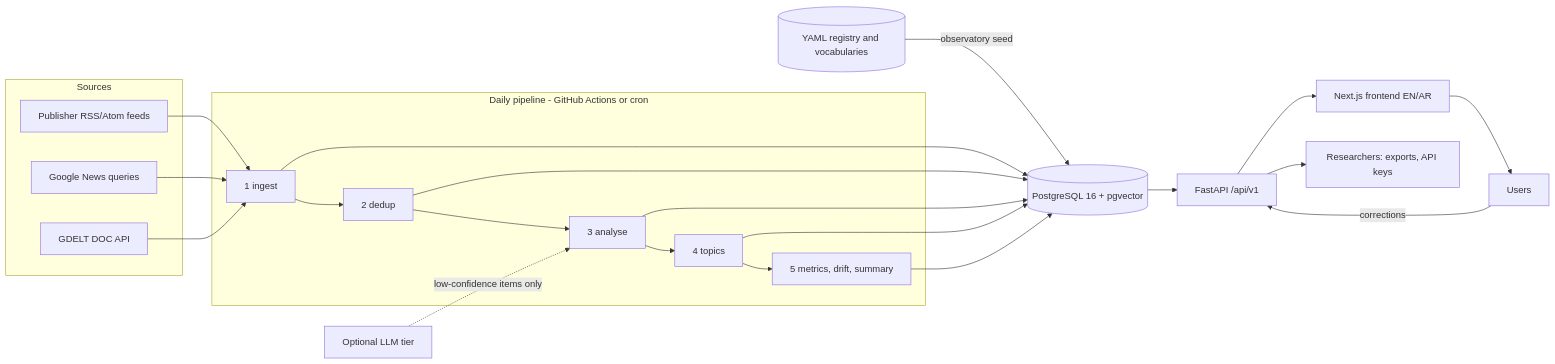
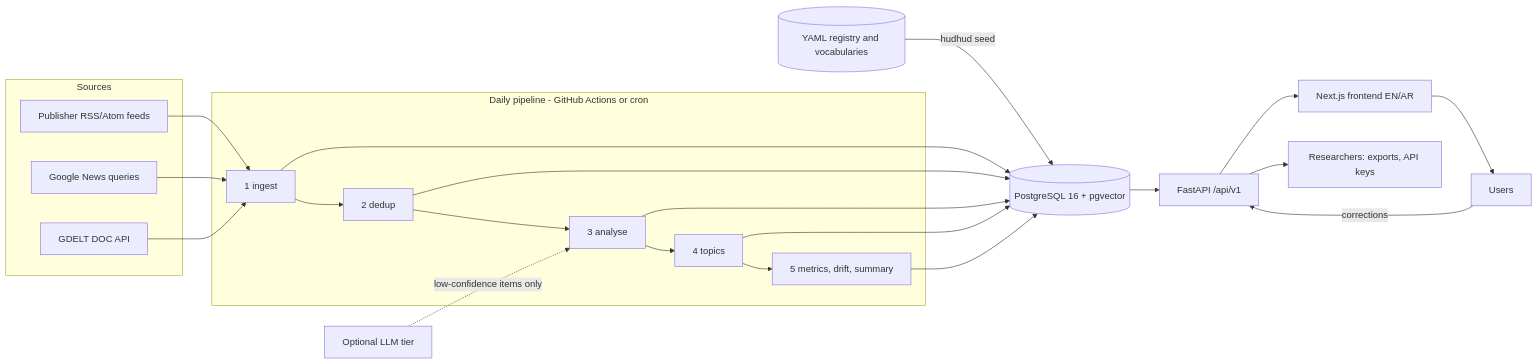
One commit to Shehab89/hudhud changed the diagram in docs/architecture.md. Above: the diagram before and after it, drawn with Mermaid. The commit also changed other lines of this file and 136 other files, not shown here.

````diff
--- a/docs/architecture.md
+++ b/docs/architecture.md
@@ -5,20 +5,20 @@
 ```mermaid
 flowchart LR
   subgraph Sources
     RSS[Publisher RSS/Atom feeds]
     GN[Google News queries]
     GD[GDELT DOC API]
   end
   subgraph Daily pipeline [Daily pipeline - GitHub Actions or cron]
     I[1 ingest] --> D[2 dedup] --> A[3 analyse] --> T[4 topics] --> M[5 metrics, drift, summary]
   end
   RSS & GN & GD --> I
-  Registry[(YAML registry and vocabularies)] -->|observatory seed| DB
+  Registry[(YAML registry and vocabularies)] -->|hudhud seed| DB
   I & D & A & T & M --> DB[(PostgreSQL 16 + pgvector)]
   LLM[Optional LLM tier] -.low-confidence items only.-> A
   DB --> API[FastAPI /api/v1]
   API --> FE[Next.js frontend EN/AR]
   API --> R[Researchers: exports, API keys]
   FE --> Users
   Users -->|corrections| API
 ```
````
